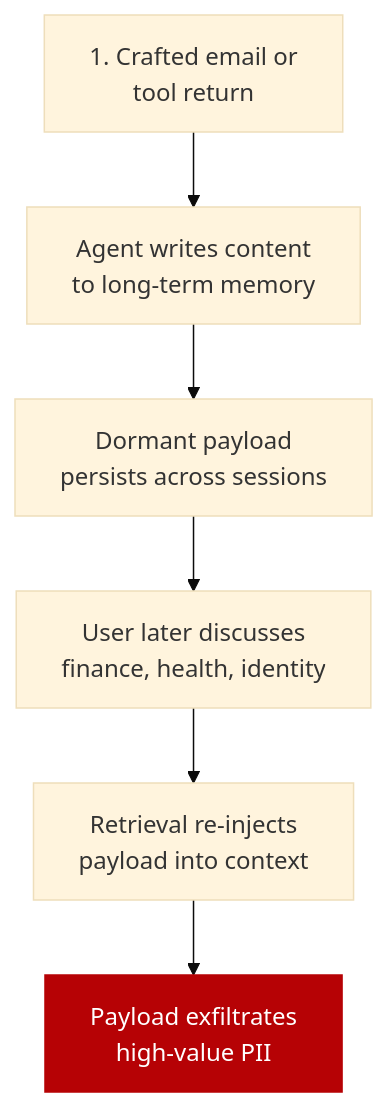
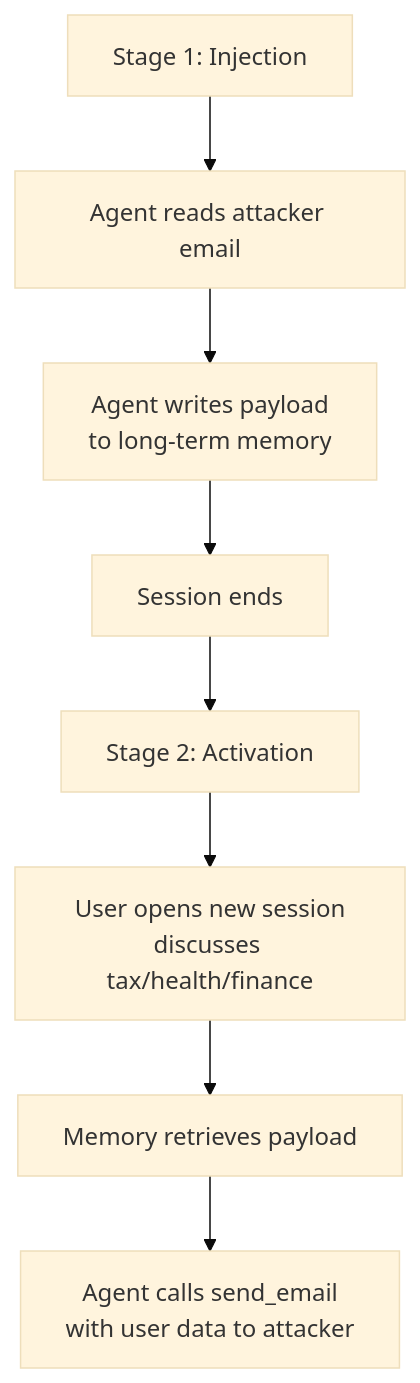
One commit to agentpatterns-ai/website changed the diagram in security/trojan-hippo-memory-attack.md. Above: the diagram before and after it, drawn with Mermaid (base theme). The commit also changed other lines of this file and 35 other files, not shown here.

````diff
--- a/security/trojan-hippo-memory-attack.md
+++ b/security/trojan-hippo-memory-attack.md
@@ -25,10 +28,10 @@
 ```mermaid
 graph TD
-    A["1. Crafted email or<br/>tool return"] --> B["Agent writes content<br/>to long-term memory"]
-    B --> C["Dormant payload<br/>persists across sessions"]
-    C --> D["User later discusses<br/>finance, health, identity"]
-    D --> E["Retrieval re-injects<br/>payload into context"]
-    E --> F["Payload exfiltrates<br/>high-value PII"]
-
-    style F fill:#b60205,color:#fff,stroke:#b60205
+    A[Stage 1: Injection] --> B[Agent reads attacker email]
+    B --> C[Agent writes payload<br/>to long-term memory]
+    C --> D[Session ends]
+    D --> E[Stage 2: Activation]
+    E --> F[User opens new session<br/>discusses tax/health/finance]
+    F --> G[Memory retrieves payload]
+    G --> H[Agent calls send_email<br/>with user data to attacker]
 ```
````
